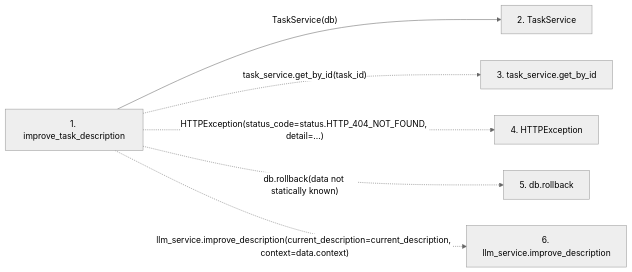
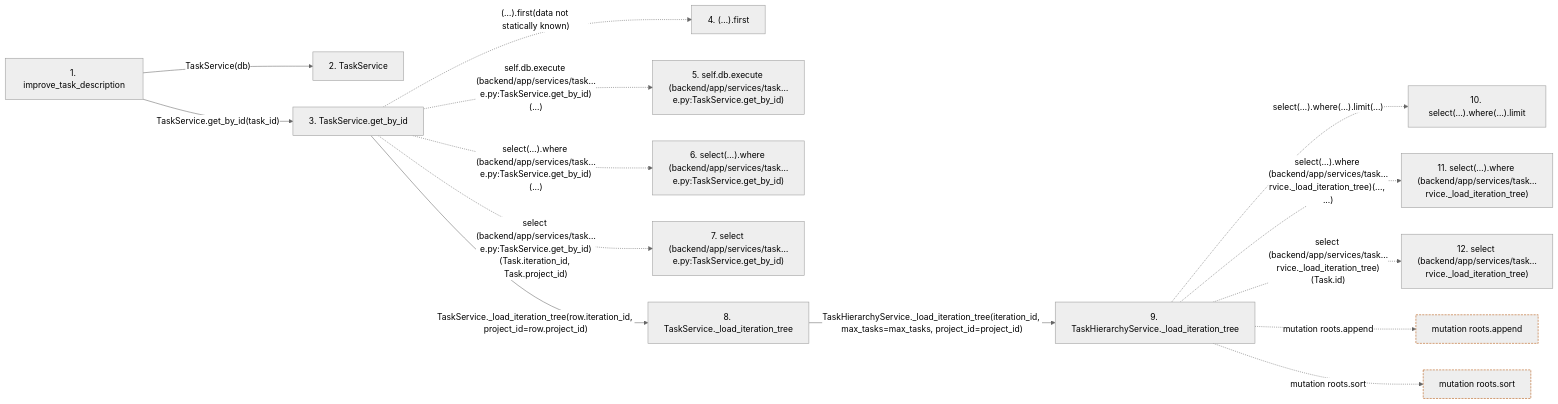
One commit to Denissvgn/WorkChord changed the second of 2 diagrams in docs/llm_wiki/flows/http-improve_task_description.md. Above: the diagram before and after it, drawn with Mermaid (neutral theme). The commit also changed other lines of this file and 25171 other files, not shown here.

````diff
--- a/docs/llm_wiki/flows/http-improve_task_description.md
+++ b/docs/llm_wiki/flows/http-improve_task_description.md
@@ -28,16 +120,38 @@
 ```mermaid
 flowchart LR
     s1["1. improve_task_description"]
     s2["2. TaskService"]
-    s3["3. task_service.get_by_id"]
-    s4["4. HTTPException"]
-    s5["5. db.rollback"]
-    s6["6. llm_service.improve_description"]
+    s3["3. TaskService.get_by_id"]
+    s4["4. (…).first"]
+    s5["5. self.db.execute (backend/app/services/task…e.py:TaskService.get_by_id)"]
+    s6["6. select(…).where (backend/app/services/task…e.py:TaskService.get_by_id)"]
+    s7["7. select (backend/app/services/task…e.py:TaskService.get_by_id)"]
+    s8["8. TaskService._load_iteration_tree"]
+    s9["9. TaskHierarchyService._load_iteration_tree"]
+    s10["10. select(…).where(…).limit"]
+    s11["11. select(…).where (backend/app/services/task…rvice._load_iteration_tree)"]
+    s12["12. select (backend/app/services/task…rvice._load_iteration_tree)"]
     s1 -->|"TaskService(db)"| s2
-    s1 -. "task_service.get_by_id(task_id)" .-> s3
-    s1 -. "HTTPException(status_code=status.HTTP_404_NOT_FOUND, detail=...)" .-> s4
-    s1 -. "db.rollback(data not statically known)" .-> s5
-    s1 -. "llm_service.improve_description(current_description=current_description, context=data.context)" .-> s6
+    s1 -->|"TaskService.get_by_id(task_id)"| s3
+    s3 -. "(…).first(data not statically known)" .-> s4
+    s3 -. "self.db.execute (backend/app/services/task…e.py:TaskService.get_by_id)(...)" .-> s5
+    s3 -. "select(…).where (backend/app/services/task…e.py:TaskService.get_by_id)(...)" .-> s6
+    s3 -. "select (backend/app/services/task…e.py:TaskService.get_by_id)(Task.iteration_id, Task.project_id)" .-> s7
+    s3 -->|"TaskService._load_iteration_tree(row.iteration_id, project_id=row.project_id)"| s8
+    s8 -->|"TaskHierarchyService._load_iteration_tree(iteration_id, max_tasks=max_tasks, project_id=project_id)"| s9
+    s9 -. "select(…).where(…).limit(...)" .-> s10
+    s9 -. "select(…).where (backend/app/services/task…rvice._load_iteration_tree)(..., ...)" .-> s11
+    s9 -. "select (backend/app/services/task…rvice._load_iteration_tree)(Task.id)" .-> s12
+    b0["mutation roots.append"]
+    s9 -. "mutation roots.append" .-> b0
+    b1["mutation roots.sort"]
+    s9 -. "mutation roots.sort" .-> b1
     click s1 "../modules/routers_llm.md"
     click s2 "../modules/task_service.md"
+    click s3 "../modules/task_service.md"
+    click s8 "../modules/task_service.md"
+    click s9 "../modules/task_hierarchy_service.md"
+    classDef boundary stroke:#b45309,stroke-dasharray: 4 2
+    class b0 boundary
+    class b1 boundary
 ```
````
